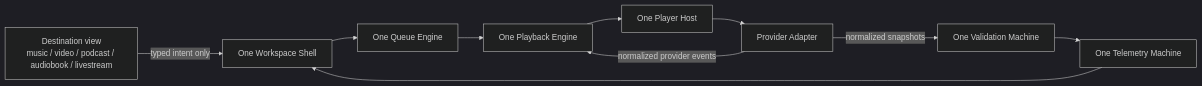
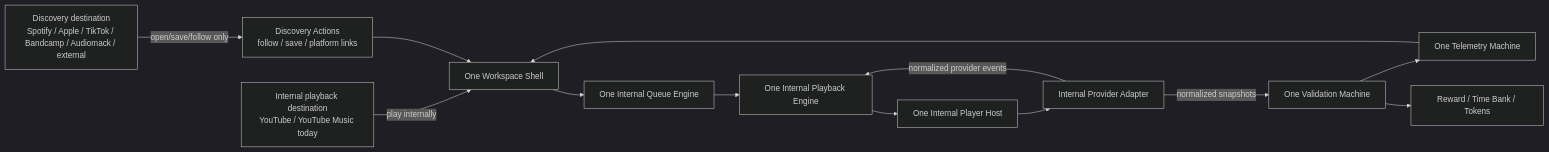
The diagram in docs/workspace-v2-architecture-contract.md (DjcarlosJimenez/first-listen), drawn with Mermaid (dark theme) before and after one commit. The commit also changed other lines of this file and 2 other files, not shown here.

Commit message:
Clarify workspace v2 internal playback boundary

````diff
--- a/docs/workspace-v2-architecture-contract.md
+++ b/docs/workspace-v2-architecture-contract.md
@@ -11,21 +11,27 @@
 ```mermaid
 flowchart LR
-  Destination["Destination view<br/>music / video / podcast / audiobook / livestream"]
+  InternalDestination["Internal playback destination<br/>YouTube / YouTube Music today"]
+  DiscoveryDestination["Discovery destination<br/>Spotify / Apple / TikTok / Bandcamp / Audiomack / external"]
   Shell["One Workspace Shell"]
-  Queue["One Queue Engine"]
-  Playback["One Playback Engine"]
-  ProviderHost["One Player Host"]
-  Adapter["Provider Adapter"]
+  Queue["One Internal Queue Engine"]
+  Playback["One Internal Playback Engine"]
+  ProviderHost["One Internal Player Host"]
+  Adapter["Internal Provider Adapter"]
   Validation["One Validation Machine"]
   Telemetry["One Telemetry Machine"]
+  Rewards["Reward / Time Bank / Tokens"]
+  Discovery["Discovery Actions<br/>follow / save / platform links"]
 
-  Destination -->|typed intent only| Shell
+  InternalDestination -->|play internally| Shell
   Shell --> Queue
   Queue --> Playback
   Playback --> ProviderHost
   ProviderHost --> Adapter
   Adapter -->|normalized provider events| Playback
   Adapter -->|normalized snapshots| Validation
   Validation --> Telemetry
   Telemetry --> Shell
+  Validation --> Rewards
+  DiscoveryDestination -->|open/save/follow only| Discovery
+  Discovery --> Shell
 ```
````
